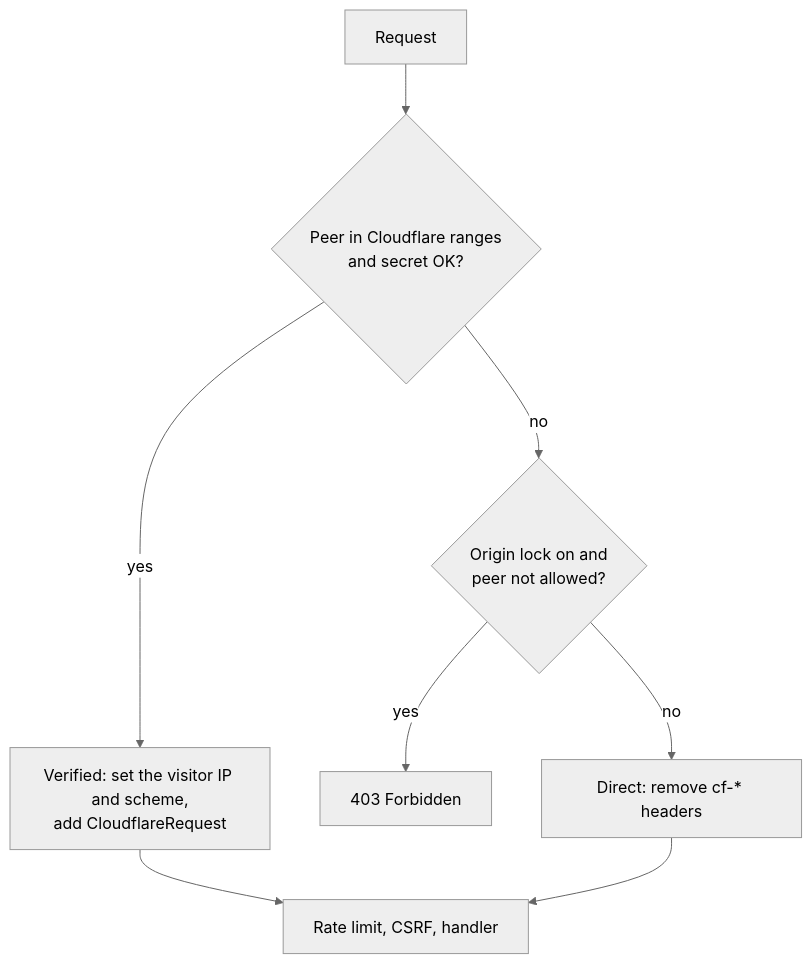
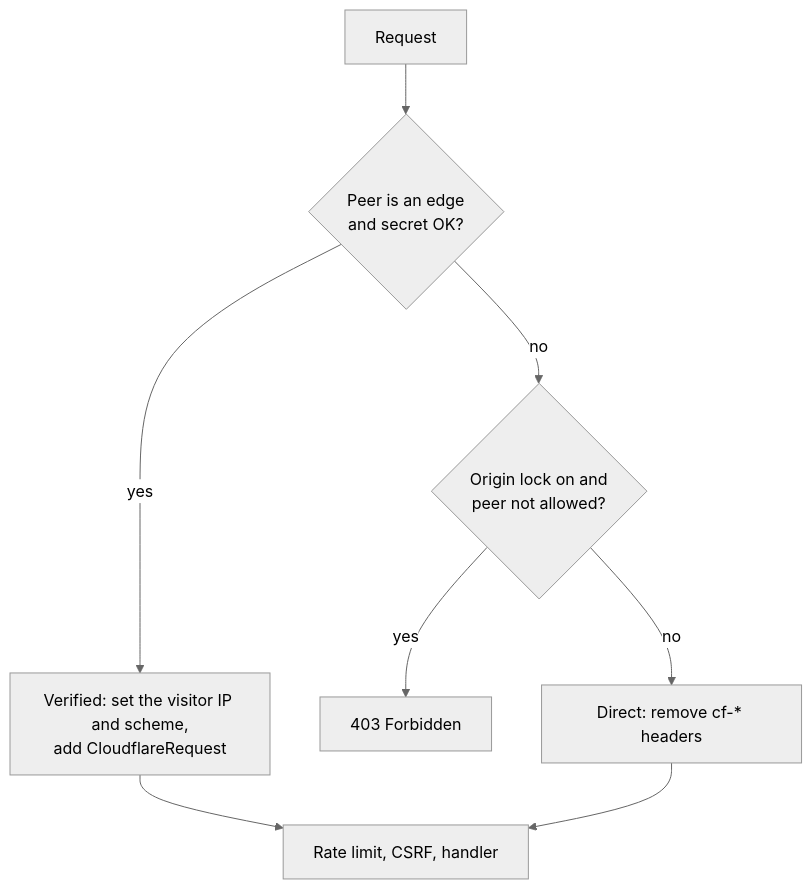
One commit to autumn-foundation/autumn-plugin-cloudflare changed the diagram in README.md. Above: the diagram before and after it, drawn with Mermaid (neutral theme). The commit also changed other lines of this file and 21 other files, not shown here.

````diff
--- a/README.md
+++ b/README.md
@@ -59,10 +63,10 @@
 ```mermaid
 flowchart TD
-    A[Request] --> B{Peer in Cloudflare ranges<br/>and secret OK?}
+    A[Request] --> B{Peer is an edge<br/>and secret OK?}
     B -- yes --> V[Verified: set the visitor IP and scheme,<br/>add CloudflareRequest]
     B -- no --> C{Origin lock on and<br/>peer not allowed?}
     C -- yes --> R[403 Forbidden]
     C -- no --> D[Direct: remove cf-* headers]
     V --> H[Rate limit, CSRF, handler]
     D --> H
 ```
````
